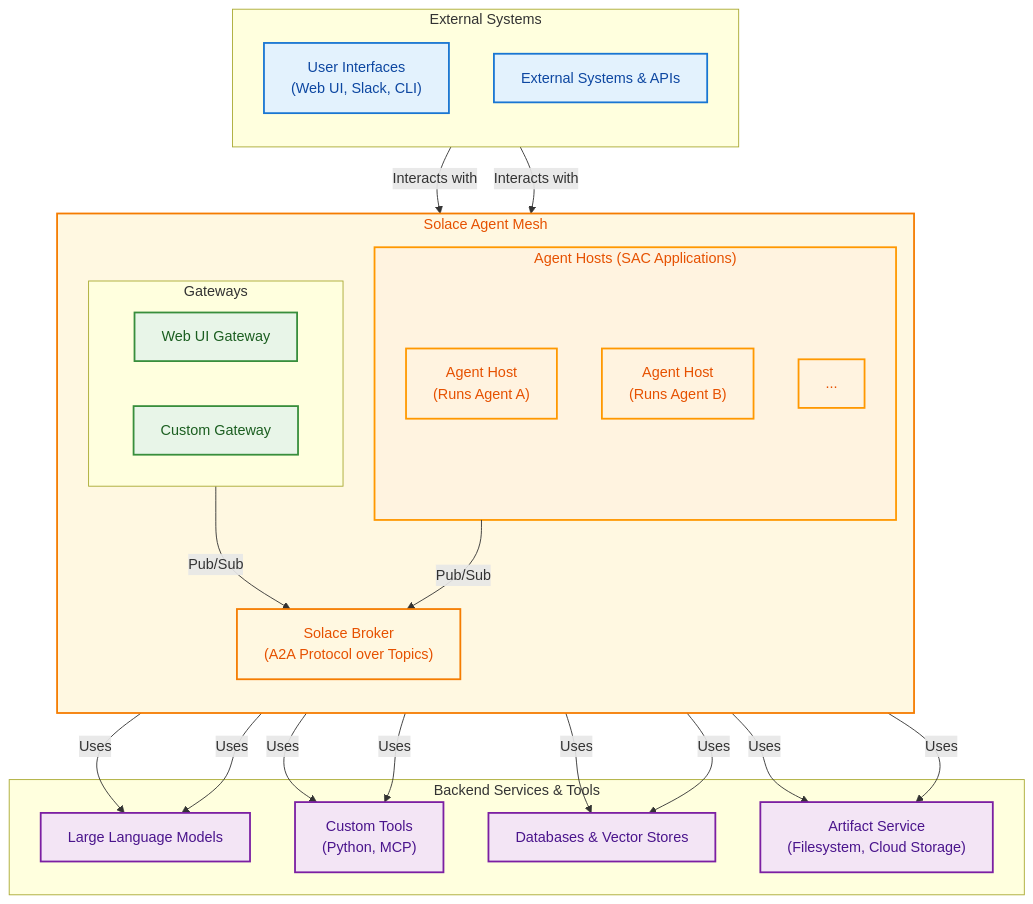
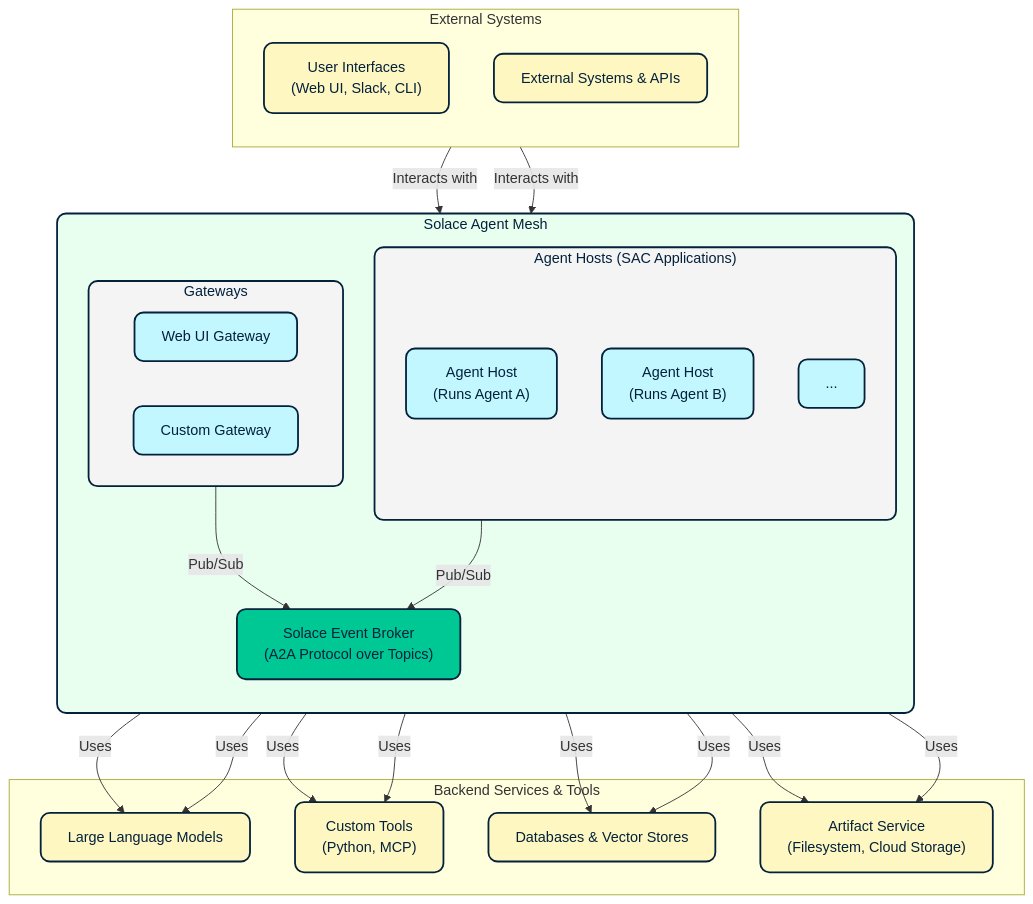
One commit to SolaceLabs/solace-agent-mesh changed the diagram in docs/docs/documentation/getting-started/architecture.md. Above: the diagram before and after it, drawn with Mermaid.

Commit message:
checkpoint diagram (colours and styling)

````diff
--- a/docs/docs/documentation/getting-started/architecture.md
+++ b/docs/docs/documentation/getting-started/architecture.md
@@ -25,61 +25,67 @@
 ```mermaid
 graph TD
     subgraph External Systems
         direction TB
         UserInterfaces["User Interfaces<br/>(Web UI, Slack, CLI)"]
         APIs["External Systems & APIs"]
     end
 
     subgraph SolaceAgentMesh [Solace Agent Mesh]
         direction TB
         subgraph Gateways
             WebUIGateway["Web UI Gateway"]
             CustomGateway["Custom Gateway"]
         end
 
-        Broker["Solace Broker<br/>(A2A Protocol over Topics)"]
+        Broker["Solace Event Broker<br/>(A2A Protocol over Topics)"]
 
         subgraph AgentHosts ["Agent Hosts (SAC Applications)"]
             AgentHost1["Agent Host<br/>(Runs Agent A)"]
             AgentHost2["Agent Host<br/>(Runs Agent B)"]
             AgentHostN["..."]
         end
     end
 
     subgraph BackendServices [Backend Services & Tools]
         LLM["Large Language Models"]
         CustomTools["Custom Tools<br/>(Python, MCP)"]
         DataStores["Databases & Vector Stores"]
         ArtifactService["Artifact Service<br/>(Filesystem, Cloud Storage)"]
     end
 
     %% Connections
     UserInterfaces -- Interacts with --> Gateways
     APIs -- Interacts with --> Gateways
 
     Gateways -- Pub/Sub --> Broker
     AgentHosts -- Pub/Sub --> Broker
 
     AgentHost1 -- Uses --> LLM
     AgentHost1 -- Uses --> CustomTools
     AgentHost1 -- Uses --> DataStores
     AgentHost1 -- Uses --> ArtifactService
 
     AgentHost2 -- Uses --> LLM
     AgentHost2 -- Uses --> CustomTools
     AgentHost2 -- Uses --> DataStores
     AgentHost2 -- Uses --> ArtifactService
 
     %% Styling
-    classDef external fill:#E3F2FD,stroke:#1976D2,stroke-width:2px,color:#0D47A1;
-    classDef gateway fill:#E8F5E8,stroke:#388E3C,stroke-width:2px,color:#1B5E20;
-    classDef mesh fill:#FFF8E1,stroke:#F57C00,stroke-width:2px,color:#E65100;
-    classDef agent fill:#FFF3E0,stroke:#FF9800,stroke-width:2px,color:#E65100;
-    classDef service fill:#F3E5F5,stroke:#7B1FA2,stroke-width:2px,color:#4A148C;
+    classDef externalBoxes fill:#FFF7C2,stroke:#03213B,stroke-width:2px,color:#03213B,rx:10,ry:10;
+    classDef gatewayContainer fill:#F4F4F4,stroke:#03213B,stroke-width:2px,color:#03213B,rx:10,ry:10;
+    classDef gatewayBoxes fill:#C2F7FF,stroke:#03213B,stroke-width:2px,color:#03213B,rx:10,ry:10;
+    classDef mesh fill:#E8FFF0,stroke:#03213B,stroke-width:2px,color:#03213B,rx:10,ry:10;
+    classDef broker fill:#00C895,stroke:#03213B,stroke-width:2px,color:#03213B,rx:10,ry:10;
+    classDef agentContainer fill:#F4F4F4,stroke:#03213B,stroke-width:2px,color:#03213B,rx:10,ry:10;
+    classDef agentBoxes fill:#C2F7FF,stroke:#03213B,stroke-width:2px,color:#03213B,rx:10,ry:10;
+    classDef serviceBoxes fill:#FFF7C2,stroke:#03213B,stroke-width:2px,color:#03213B,rx:10,ry:10
 
-    class UserInterfaces,APIs external;
-    class WebUIGateway,CustomGateway gateway;
-    class Broker,SolaceAgentMesh mesh;
-    class AgentHosts,AgentHost1,AgentHost2,AgentHostN agent;
-    class LLM,CustomTools,DataStores,ArtifactService service;
+    class UserInterfaces,APIs externalBoxes;
+    class WebUIGateway,CustomGateway gatewayBoxes;
+    class Gateways gatewayContainer;
+    class Broker broker;
+    class SolaceAgentMesh mesh;
+    class AgentHosts agentContainer;
+    class AgentHost1,AgentHost2,AgentHostN agentBoxes;
+    class LLM,CustomTools,DataStores,ArtifactService serviceBoxes;
 ```
````
